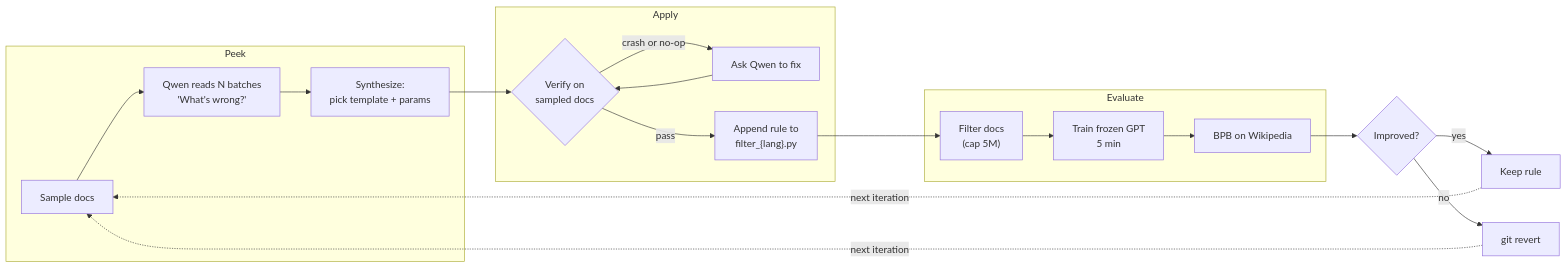
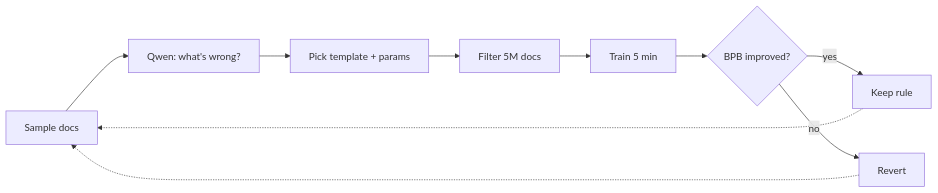
The diagram in ARCHITECTURE.md (bwang-pplx/autocurate), drawn with Mermaid before and after one commit.

Commit message:
Minimal diagram

````diff
--- a/ARCHITECTURE.md
+++ b/ARCHITECTURE.md
@@ -1,25 +1,11 @@
 ```mermaid
 flowchart LR
-    subgraph PEEK["Peek"]
-        A["Sample docs"] --> B["Qwen reads N batches<br/>'What's wrong?'"]
-        B --> C["Synthesize:<br/>pick template + params"]
-    end
-
-    subgraph APPLY["Apply"]
-        C --> D{"Verify on<br/>sampled docs"}
-        D -->|crash or no-op| E["Ask Qwen to fix"]
-        E --> D
-        D -->|pass| F["Append rule to<br/>filter_{lang}.py"]
-    end
-
-    subgraph EVAL["Evaluate"]
-        F --> G["Filter docs<br/>(cap 5M)"]
-        G --> H["Train frozen GPT<br/>5 min"]
-        H --> I["BPB on Wikipedia"]
-    end
-
-    I --> J{Improved?}
-    J -->|yes| K["Keep rule"]
-    J -->|no| L["git revert"]
-    K & L -.->|next iteration| A
+    A["Sample docs"] --> B["Qwen: what's wrong?"]
+    B --> C["Pick template + params"]
+    C --> D["Filter 5M docs"]
+    D --> E["Train 5 min"]
+    E --> F{"BPB improved?"}
+    F -->|yes| G["Keep rule"]
+    F -->|no| H["Revert"]
+    G & H -.-> A
 ```
````
